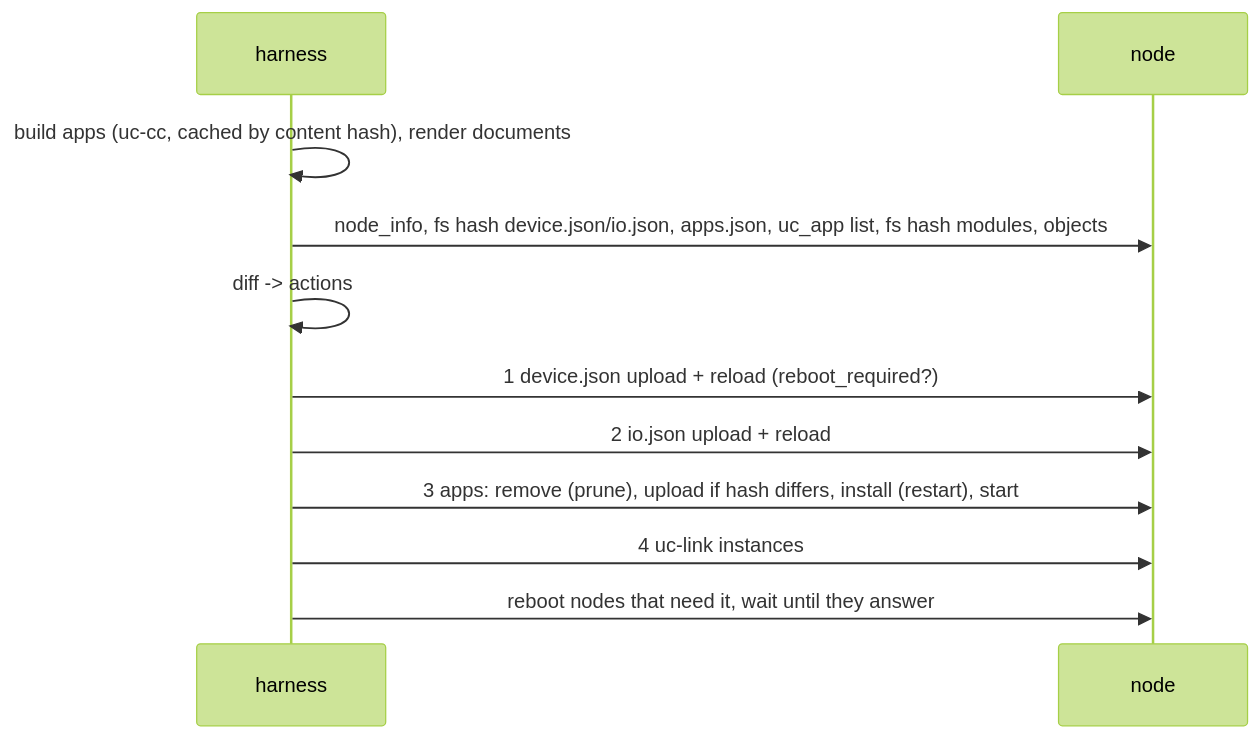
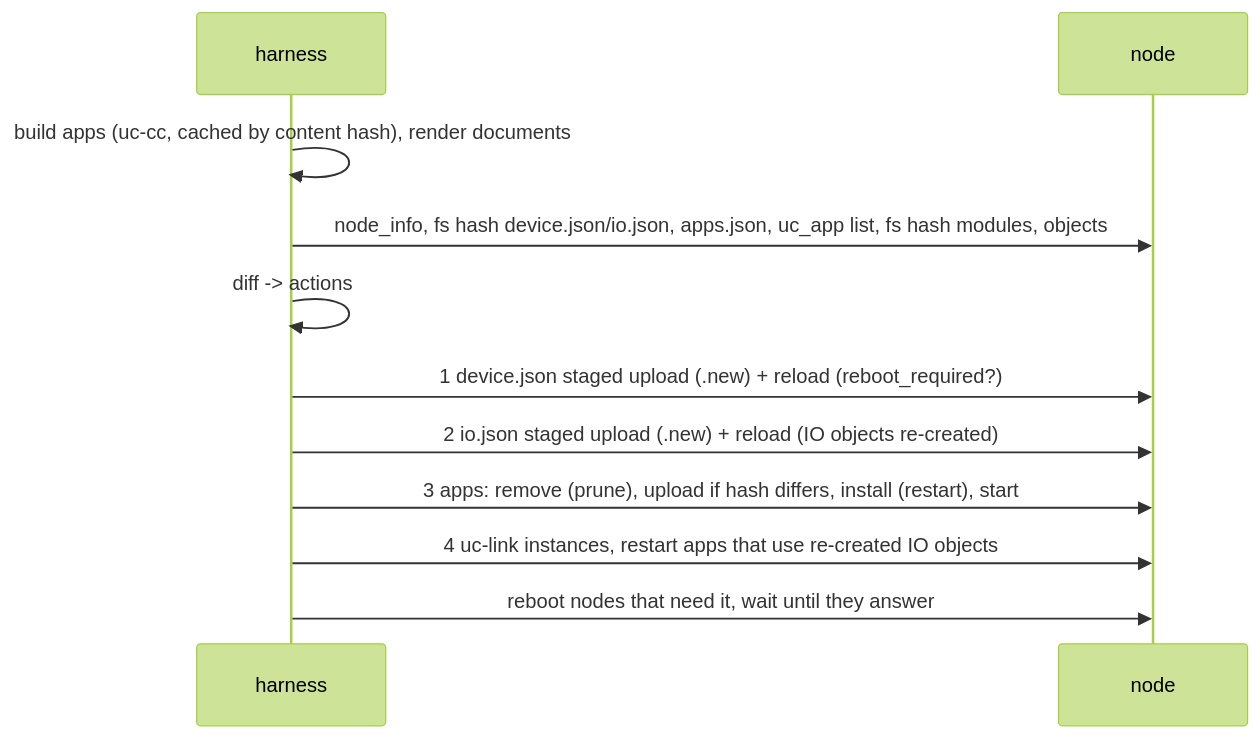
One commit to IlijaVorontsov/BACNet-uc changed the second of 2 diagrams in harness/README.md. Above: the diagram before and after it, drawn with Mermaid (forest theme). The commit also changed other lines of this file and 120 other files, not shown here.

````diff
--- a/harness/README.md
+++ b/harness/README.md
@@ -317,13 +350,13 @@
 ```mermaid
 sequenceDiagram
     participant H as harness
     participant N as node
     H->>H: build apps (uc-cc, cached by content hash), render documents
     H->>N: node_info, fs hash device.json/io.json, apps.json, uc_app list, fs hash modules, objects
     H->>H: diff -> actions
-    H->>N: 1 device.json upload + reload (reboot_required?)
-    H->>N: 2 io.json upload + reload
+    H->>N: 1 device.json staged upload (.new) + reload (reboot_required?)
+    H->>N: 2 io.json staged upload (.new) + reload (IO objects re-created)
     H->>N: 3 apps: remove (prune), upload if hash differs, install (restart), start
-    H->>N: 4 uc-link instances
+    H->>N: 4 uc-link instances, restart apps that use re-created IO objects
     H->>N: reboot nodes that need it, wait until they answer
 ```
````
